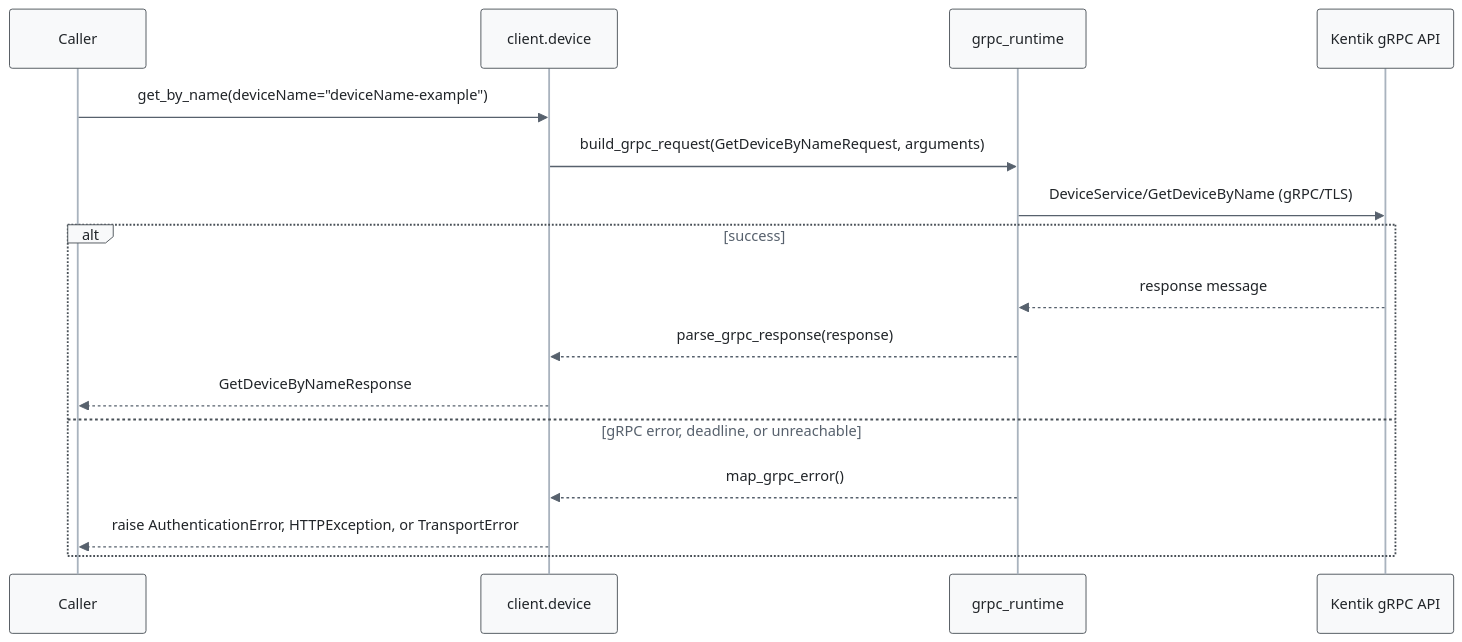
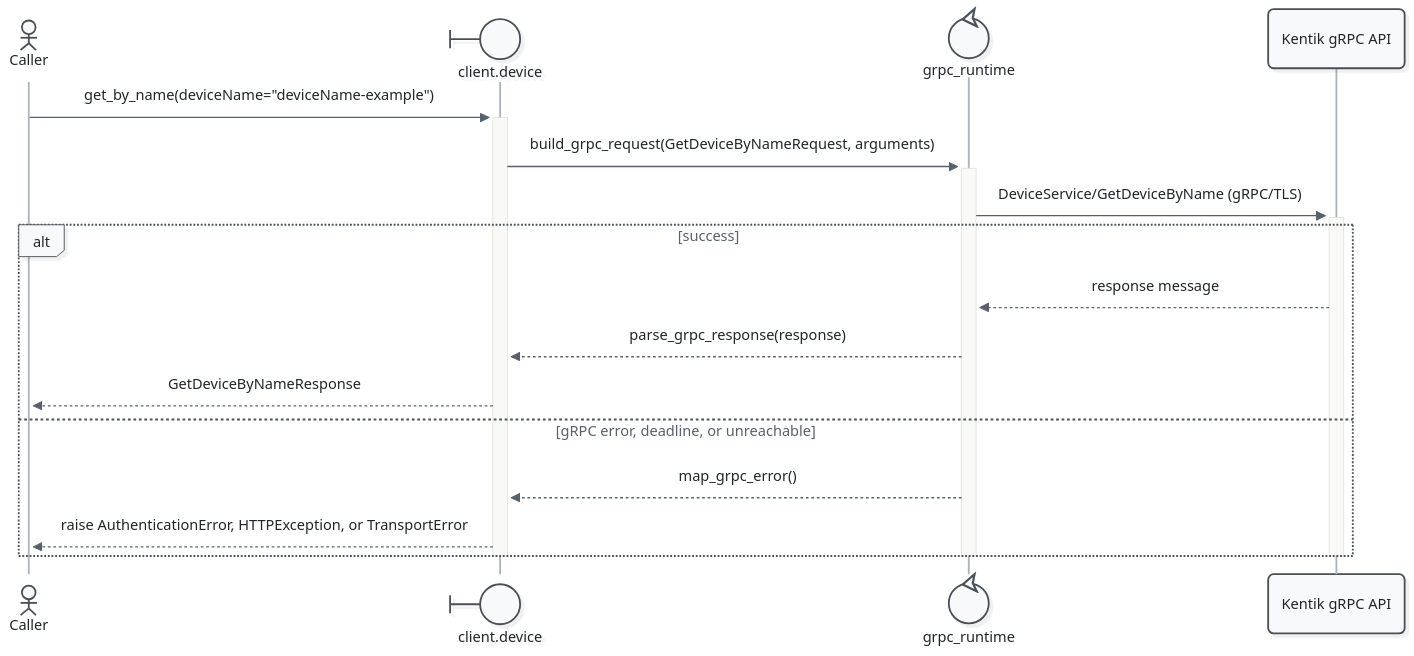
Before and after one commit to alexdearaujo/community_sdk_python: diagram 12 of 21 in docs/sphinx/services/device.md, drawn with Mermaid. The commit also changed other lines of this file and 52 other files, not shown here.

First line of the commit message:
docs: Mermaid 12 sequence diagrams with participant types and path colors

````diff
--- a/docs/sphinx/services/device.md
+++ b/docs/sphinx/services/device.md
@@ -448,20 +475,23 @@
 ```mermaid
-%%{init: {"theme": "base", "fontFamily": "ui-monospace, SFMono-Regular, Menlo, monospace", "themeVariables": {"fontFamily": "ui-monospace, SFMono-Regular, Menlo, monospace", "primaryColor": "#f8f9fa", "primaryBorderColor": "#495057", "primaryTextColor": "#212529", "textColor": "#212529", "lineColor": "#77818c", "edgeLabelBackground": "#ffffff", "actorBkg": "#f8f9fa", "actorBorder": "#495057", "actorTextColor": "#212529", "actorLineColor": "#a9b3be", "signalColor": "#57616d", "signalTextColor": "#212529", "labelBoxBkgColor": "#f8f9fa", "labelBoxBorderColor": "#495057", "labelTextColor": "#212529", "loopTextColor": "#57616d", "noteBkgColor": "#fff9db", "noteBorderColor": "#f08c00", "noteTextColor": "#a35a00"}, "flowchart": {"curve": "step", "nodeSpacing": 30, "rankSpacing": 70, "wrappingWidth": 400}}}%%
+%%{init: {"theme": "redux", "look": "neo", "layout": "dagre", "fontFamily": "ui-monospace, SFMono-Regular, Menlo, monospace", "themeVariables": {"fontFamily": "ui-monospace, SFMono-Regular, Menlo, monospace", "primaryColor": "#f8f9fa", "primaryBorderColor": "#495057", "primaryTextColor": "#212529", "textColor": "#212529", "lineColor": "#77818c", "edgeLabelBackground": "#ffffff", "actorBkg": "#f8f9fa", "actorBorder": "#495057", "actorTextColor": "#212529", "actorLineColor": "#a9b3be", "signalColor": "#57616d", "signalTextColor": "#212529", "labelBoxBkgColor": "#f8f9fa", "labelBoxBorderColor": "#495057", "labelTextColor": "#212529", "loopTextColor": "#57616d", "noteBkgColor": "#fff9db", "noteBorderColor": "#f08c00", "noteTextColor": "#a35a00"}, "sequence": {"activationWidth": 16}, "flowchart": {"curve": "step", "nodeSpacing": 30, "rankSpacing": 70, "wrappingWidth": 400}}}%%
 sequenceDiagram
-    participant C as Caller
-    participant W as client.device
-    participant R as grpc_runtime
+    actor C as Caller
+    participant W@{ "type": "boundary" } as client.device
+    participant R@{ "type": "control" } as grpc_runtime
     participant API as Kentik gRPC API
 
-    C->>W: get_by_name(deviceName="deviceName-example")
-    W->>R: build_grpc_request(GetDeviceByNameRequest, arguments)
-    R->>API: DeviceService/GetDeviceByName (gRPC/TLS)
+    C->>+W: get_by_name(deviceName="deviceName-example")
+    W->>+R: build_grpc_request(GetDeviceByNameRequest, arguments)
+    R->>+API: DeviceService/GetDeviceByName (gRPC/TLS)
     alt success
         API-->>R: response message
         R-->>W: parse_grpc_response(response)
         W-->>C: GetDeviceByNameResponse
     else gRPC error, deadline, or unreachable
         R-->>W: map_grpc_error()
         W-->>C: raise AuthenticationError, HTTPException, or TransportError
     end
+    deactivate API
+    deactivate R
+    deactivate W
 ```
````
